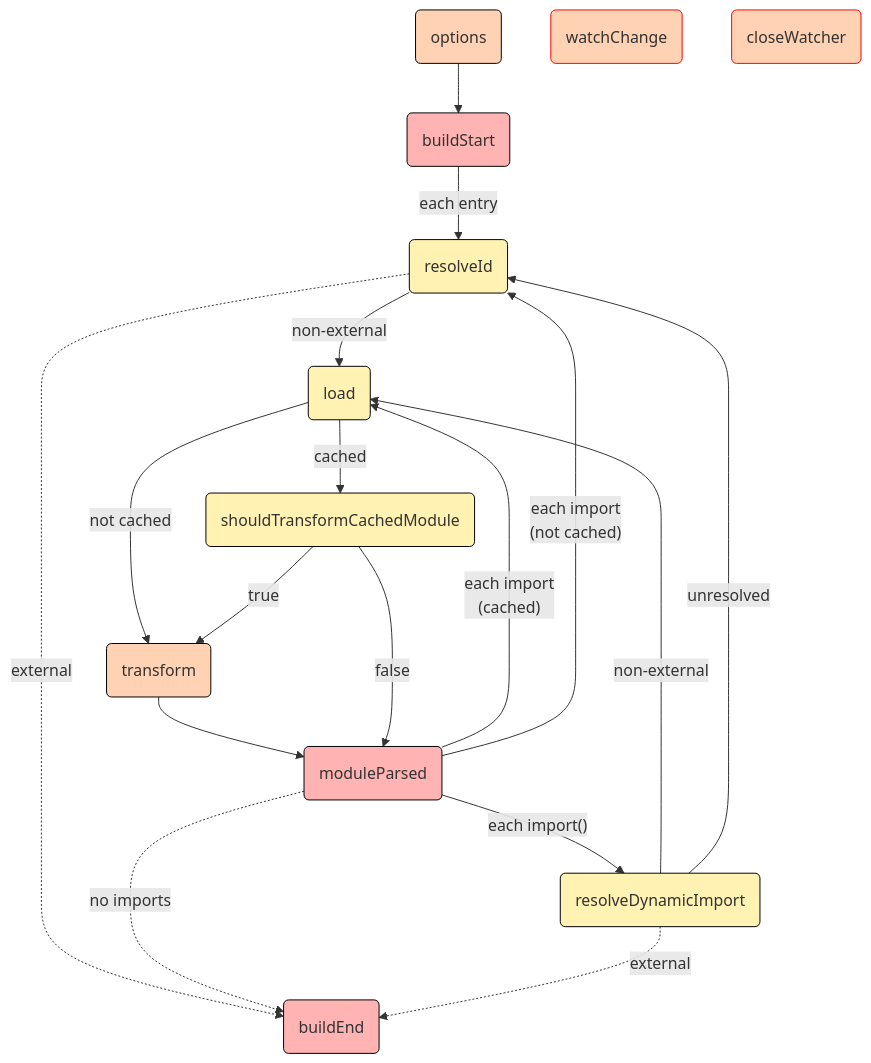
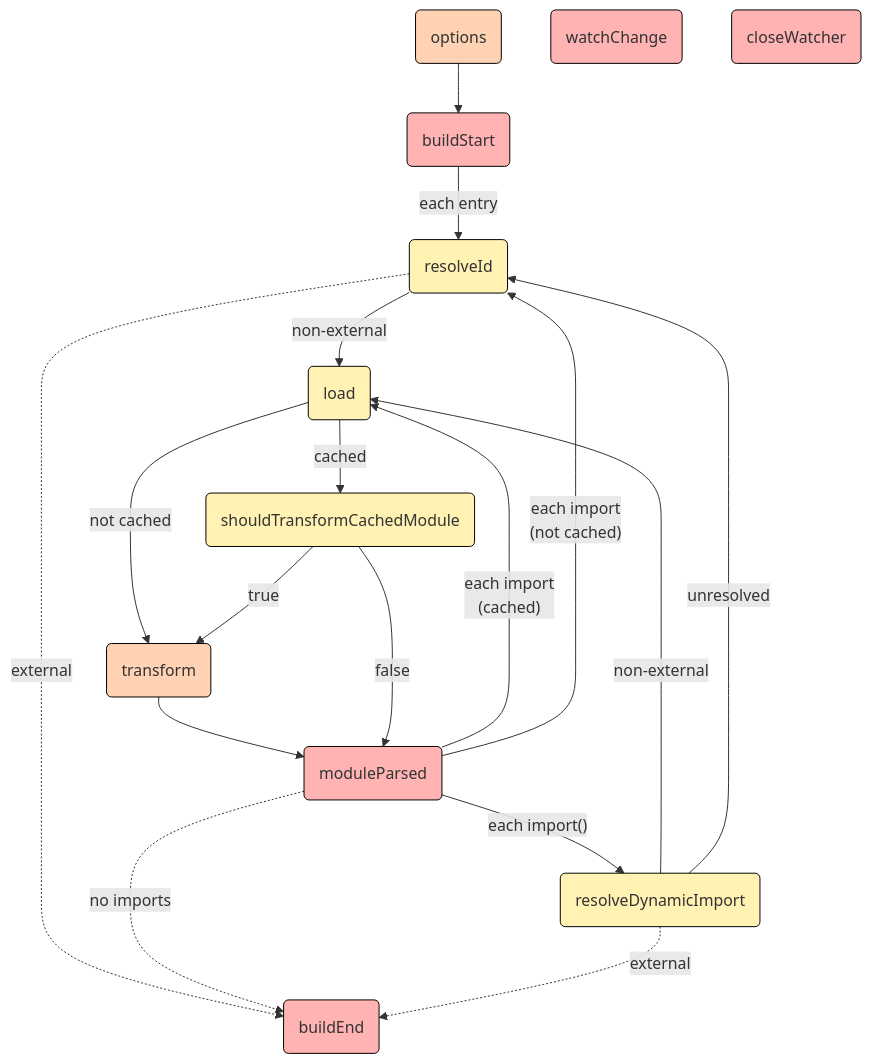
Before and after one commit to yfyrds46suysz/rollup-docs-cn: the diagram in docs/build-hooks.mmd, drawn with Mermaid. The commit also changed 11 other files, not shown here.

```diff
--- a/docs/build-hooks.mmd
+++ b/docs/build-hooks.mmd
@@ -1,73 +1,73 @@
 flowchart TB
     classDef hook-parallel fill:#ffb3b3,stroke:#000;
     classDef hook-sequential fill:#ffd2b3,stroke:#000;
     classDef hook-first fill:#fff2b3,stroke:#000;
     classDef hook-sequential-sync fill:#ffd2b3,stroke:#f00;
     classDef hook-first-sync fill:#fff2b3,stroke:#f00;
 
 	buildend("buildEnd"):::hook-parallel
 	click buildend "/guide/en/#buildend" _parent
 
     buildstart("buildStart"):::hook-parallel
 	click buildstart "/guide/en/#buildstart" _parent
 
 	load("load"):::hook-first
 	click load "/guide/en/#load" _parent
 
 	moduleparsed("moduleParsed"):::hook-parallel
 	click moduleparsed "/guide/en/#moduleparsed" _parent
 
 	options("options"):::hook-sequential
 	click options "/guide/en/#options" _parent
 
 	resolvedynamicimport("resolveDynamicImport"):::hook-first
 	click resolvedynamicimport "/guide/en/#resolvedynamicimport" _parent
 
 	resolveid("resolveId"):::hook-first
 	click resolveid "/guide/en/#resolveid" _parent
 
 	shouldtransformcachedmodule("shouldTransformCachedModule"):::hook-first
 	click shouldtransformcachedmodule "/guide/en/#shouldtransformcachedmodule" _parent
 
 	transform("transform"):::hook-sequential
 	click transform "/guide/en/#transform" _parent
 
-	watchchange("watchChange"):::hook-sequential-sync
+	watchchange("watchChange"):::hook-parallel
 	click watchchange "/guide/en/#watchchange" _parent
 
-    closewatcher("closeWatcher"):::hook-sequential-sync
+    closewatcher("closeWatcher"):::hook-parallel
 	click closewatcher "/guide/en/#closewatcher" _parent
 
     options
     --> buildstart
     --> |each entry|resolveid
     .-> |external|buildend
 
     resolveid
     --> |non-external|load
     --> |not cached|transform
     --> moduleparsed
     .-> |no imports|buildend
 
     load
     --> |cached|shouldtransformcachedmodule
     --> |false|moduleparsed
 
     shouldtransformcachedmodule
     --> |true|transform
 
     moduleparsed
     --> |"each import()"|resolvedynamicimport
     --> |non-external|load
 
     moduleparsed
     --> |"each import\n(cached)"|load
 
     moduleparsed
     --> |"each import\n(not cached)"|resolveid
 
     resolvedynamicimport
     .-> |external|buildend
 
     resolvedynamicimport
     --> |unresolved|resolveid
```
